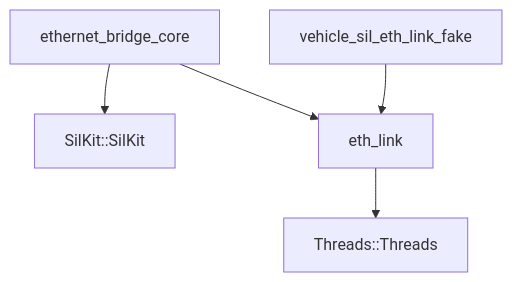
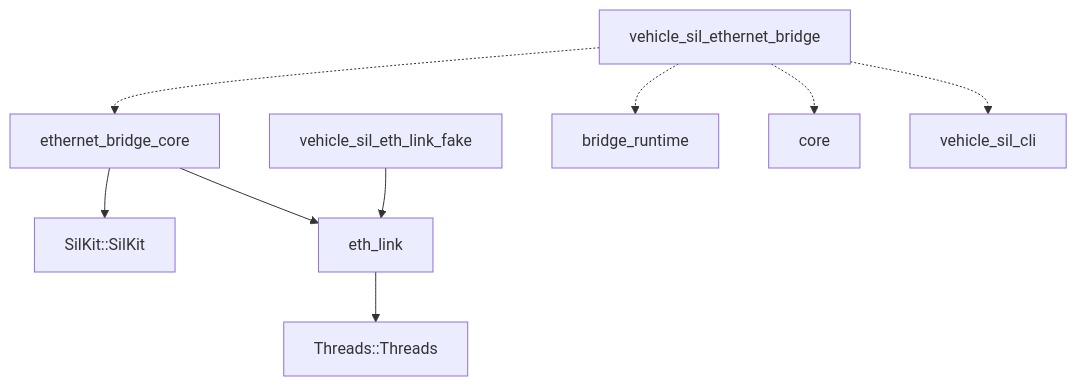
The eighth of 8 diagrams in docs/code-map.md (rahanahu/vehicle-sil), drawn with Mermaid before and after one commit. The commit also changed other lines of this file and 31 other files, not shown here.

First line of the commit message:
feat(ethernet-bridge): add the bridge's executable and the Linux TAP and packet links

````diff
--- a/docs/code-map.md
+++ b/docs/code-map.md
@@ -280,7 +280,11 @@
 ```mermaid
 flowchart TD
     ethernet_bridge_core --> SilKit["SilKit::SilKit"]
     ethernet_bridge_core --> eth_link
     eth_link --> Threads["Threads::Threads"]
     vehicle_sil_eth_link_fake --> eth_link
+    vehicle_sil_ethernet_bridge -.-> ethernet_bridge_core
+    vehicle_sil_ethernet_bridge -.-> bridge_runtime
+    vehicle_sil_ethernet_bridge -.-> core
+    vehicle_sil_ethernet_bridge -.-> vehicle_sil_cli
 ```
````
